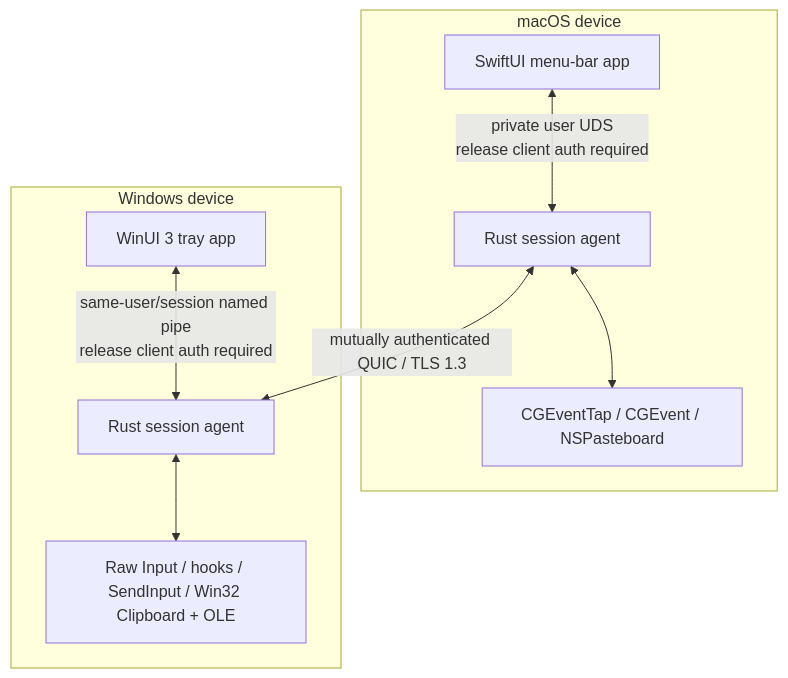
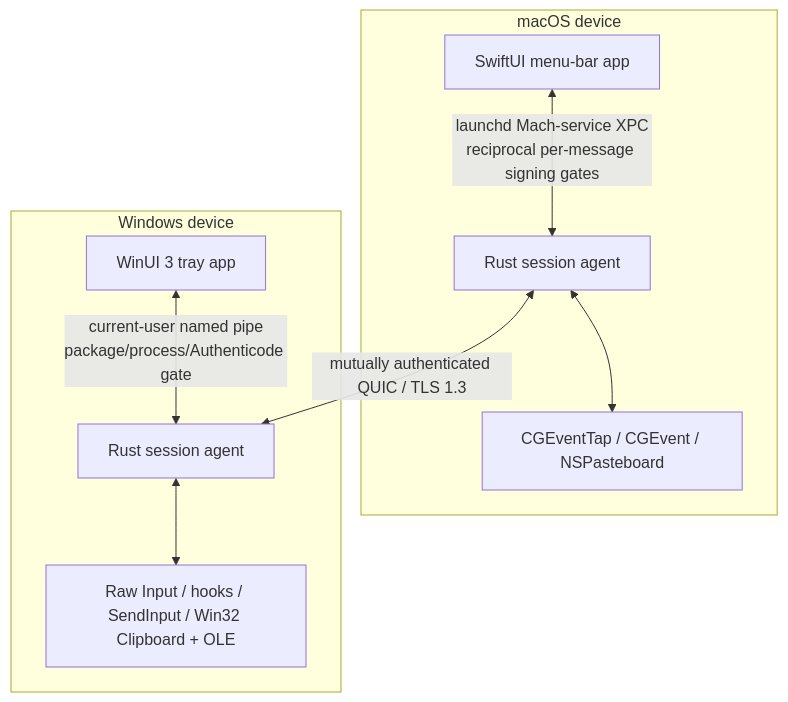
Before and after one commit to greendexd/nodavo: the diagram in docs/architecture.md, drawn with Mermaid. The commit also changed other lines of this file and 64 other files, not shown here.

````diff
--- a/docs/architecture.md
+++ b/docs/architecture.md
@@ -13,20 +13,20 @@
 ```mermaid
 flowchart TB
     subgraph Mac["macOS device"]
         MUI["SwiftUI menu-bar app"]
         MA["Rust session agent"]
         MAP["CGEventTap / CGEvent / NSPasteboard"]
-        MUI <-->|"private user UDS<br/>release client auth required"| MA
+        MUI <-->|"launchd Mach-service XPC<br/>reciprocal per-message signing gates"| MA
         MA <--> MAP
     end
 
     subgraph Win["Windows device"]
         WUI["WinUI 3 tray app"]
         WA["Rust session agent"]
         WAP["Raw Input / hooks / SendInput / Win32 Clipboard + OLE"]
-        WUI <-->|"same-user/session named pipe<br/>release client auth required"| WA
+        WUI <-->|"current-user named pipe<br/>package/process/Authenticode gate"| WA
         WA <--> WAP
     end
 
     MA <-->|"mutually authenticated QUIC / TLS 1.3"| WA
 ```
````
